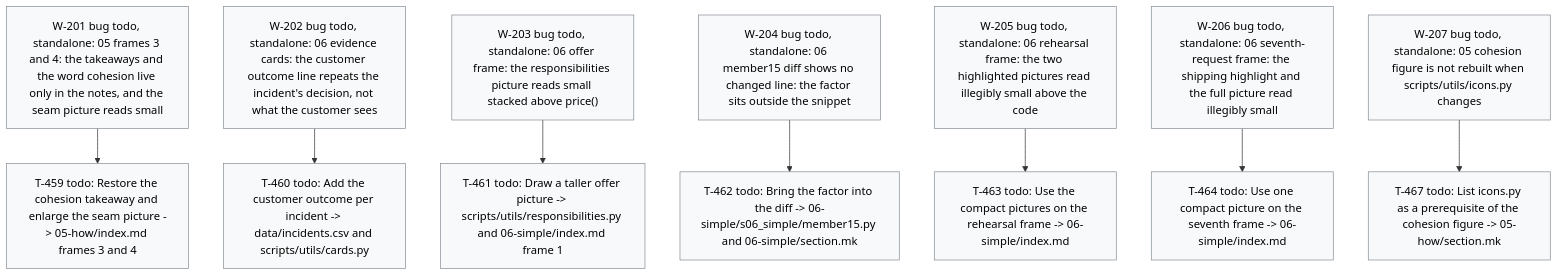
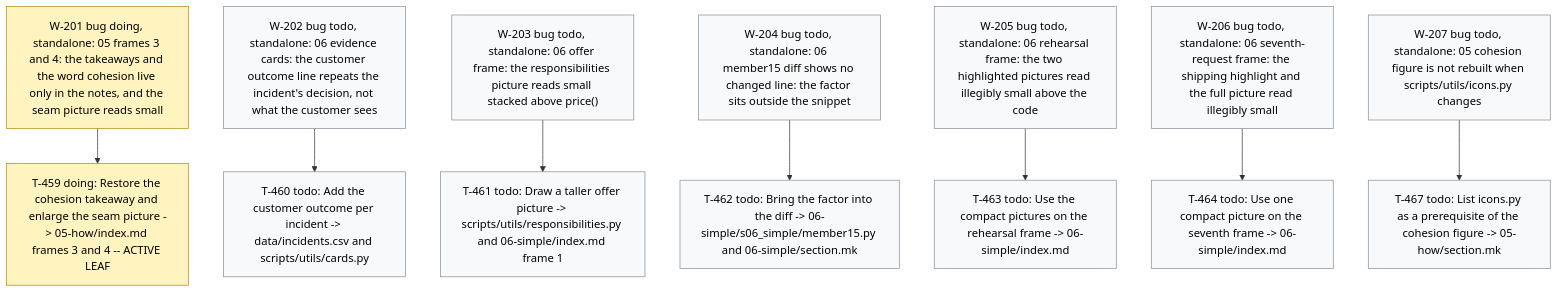
Before and after one commit to dpopchev/chaos-to-simple: the diagram in .board/BOARD.md, drawn with Mermaid. The commit also changed other lines of this file and 2 other files, not shown here.

Commit message:
chore(board): activate W-201, start T-459
Refs: W-201 T-459

````diff
--- a/.board/BOARD.md
+++ b/.board/BOARD.md
@@ -1190,23 +1190,24 @@
 ```mermaid
 flowchart TD
-  W201["W-201 bug todo, standalone: 05 frames 3 and 4: the takeaways and the word cohesion live only in the notes, and the seam picture reads small"]
-  W201 --> T459["T-459 todo: Restore the cohesion takeaway and enlarge the seam picture -> 05-how/index.md frames 3 and 4"]
+  W201["W-201 bug doing, standalone: 05 frames 3 and 4: the takeaways and the word cohesion live only in the notes, and the seam picture reads small"]
+  W201 --> T459["T-459 doing: Restore the cohesion takeaway and enlarge the seam picture -> 05-how/index.md frames 3 and 4 -- ACTIVE LEAF"]
   W202["W-202 bug todo, standalone: 06 evidence cards: the customer outcome line repeats the incident's decision, not what the customer sees"]
   W202 --> T460["T-460 todo: Add the customer outcome per incident -> data/incidents.csv and scripts/utils/cards.py"]
   W203["W-203 bug todo, standalone: 06 offer frame: the responsibilities picture reads small stacked above price()"]
   W203 --> T461["T-461 todo: Draw a taller offer picture -> scripts/utils/responsibilities.py and 06-simple/index.md frame 1"]
   W204["W-204 bug todo, standalone: 06 member15 diff shows no changed line: the factor sits outside the snippet"]
   W204 --> T462["T-462 todo: Bring the factor into the diff -> 06-simple/s06_simple/member15.py and 06-simple/section.mk"]
   W205["W-205 bug todo, standalone: 06 rehearsal frame: the two highlighted pictures read illegibly small above the code"]
   W205 --> T463["T-463 todo: Use the compact pictures on the rehearsal frame -> 06-simple/index.md"]
   W206["W-206 bug todo, standalone: 06 seventh-request frame: the shipping highlight and the full picture read illegibly small"]
   W206 --> T464["T-464 todo: Use one compact picture on the seventh frame -> 06-simple/index.md"]
   W207["W-207 bug todo, standalone: 05 cohesion figure is not rebuilt when scripts/utils/icons.py changes"]
   W207 --> T467["T-467 todo: List icons.py as a prerequisite of the cohesion figure -> 05-how/section.mk"]
   classDef doing fill:#fff3bf,stroke:#b58900,color:#000;
   classDef blocked fill:#ffe3e3,stroke:#c92a2a,color:#000;
   classDef done fill:#e6ffed,stroke:#2b8a3e,color:#000;
   classDef todo fill:#f8f9fa,stroke:#868e96,color:#000;
   classDef pruned fill:#f1f3f5,stroke:#adb5bd,color:#000;
-  class W201,T459,W202,T460,W203,T461,W204,T462,W205,T463,W206,T464,W207,T467 todo
+  class W201,T459 doing
+  class W202,T460,W203,T461,W204,T462,W205,T463,W206,T464,W207,T467 todo
 ```
````
